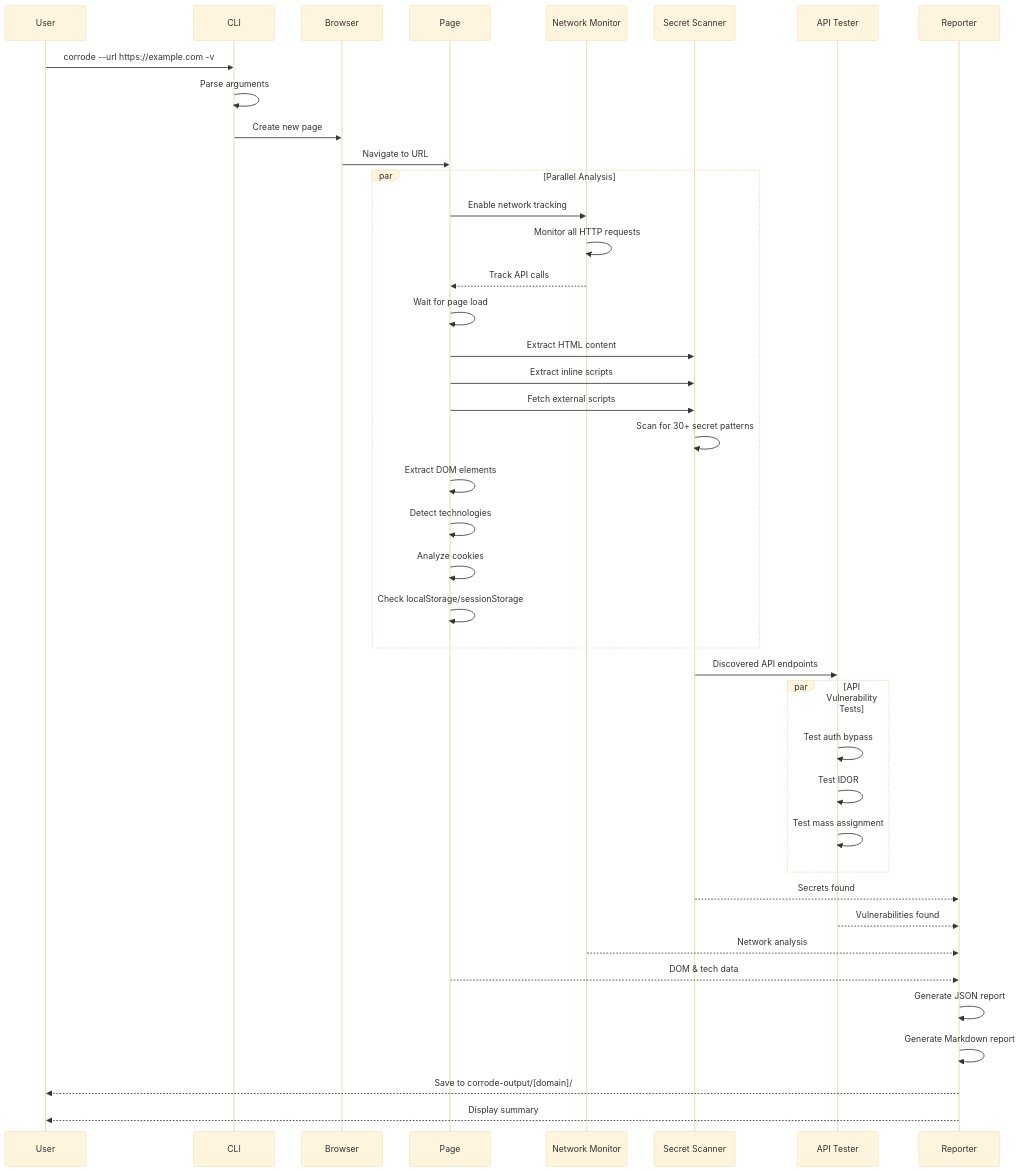
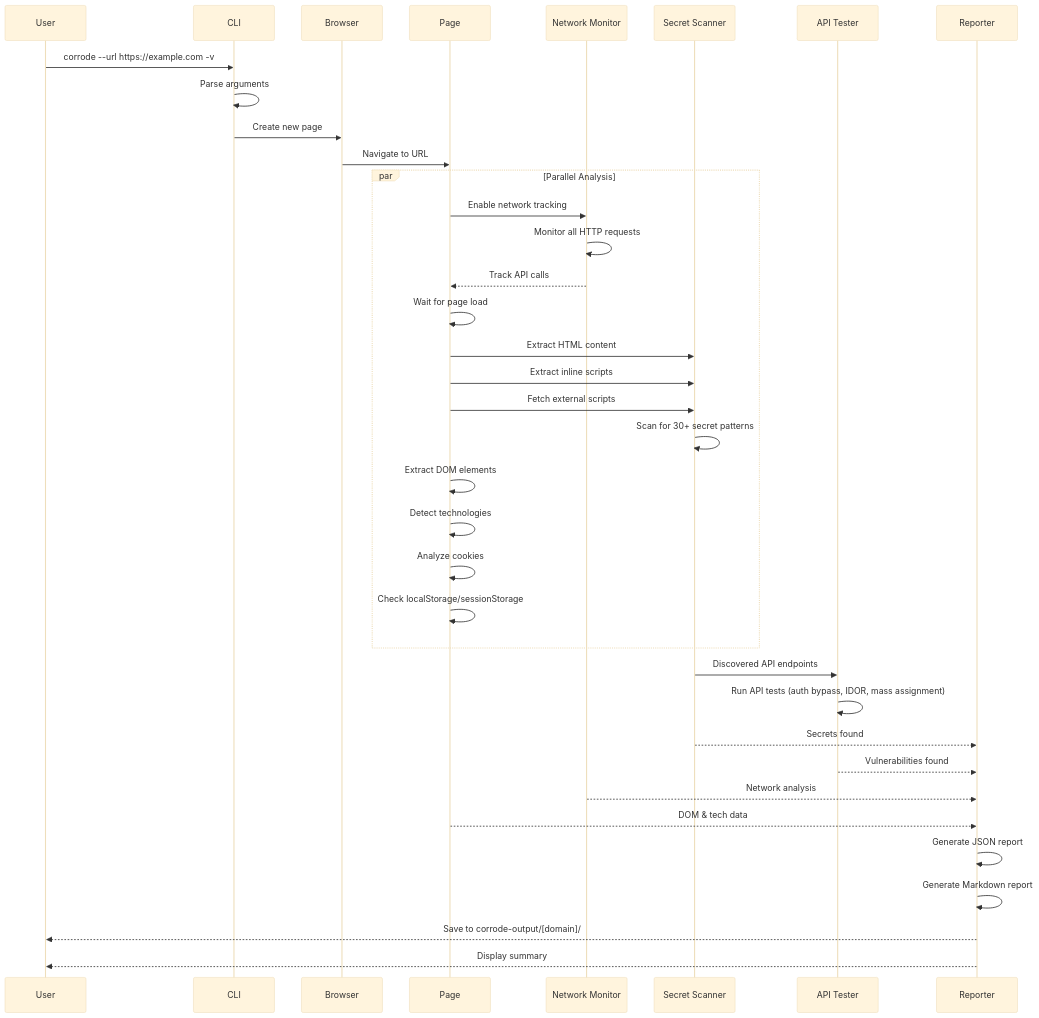
One commit to ul0gic/corrode changed the second of 3 diagrams in README.md. Above: the diagram before and after it, drawn with Mermaid (base theme). The commit also changed other lines of this file, not shown here.

Commit message:
docs: add project structure overview and simplify architecture diagram

````diff
--- a/README.md
+++ b/README.md
@@ -73,52 +79,48 @@
 ```mermaid
 sequenceDiagram
     participant User
     participant CLI
     participant Browser
     participant Page
     participant NetMon as Network Monitor
     participant Scanner as Secret Scanner
     participant APITest as API Tester
     participant Reporter
 
     User->>CLI: corrode --url https://example.com -v
     CLI->>CLI: Parse arguments
     CLI->>Browser: Create new page
     Browser->>Page: Navigate to URL
 
     par Parallel Analysis
         Page->>NetMon: Enable network tracking
         NetMon->>NetMon: Monitor all HTTP requests
         NetMon-->>Page: Track API calls
 
         Page->>Page: Wait for page load
         Page->>Scanner: Extract HTML content
         Page->>Scanner: Extract inline scripts
         Page->>Scanner: Fetch external scripts
         Scanner->>Scanner: Scan for 30+ secret patterns
 
         Page->>Page: Extract DOM elements
         Page->>Page: Detect technologies
         Page->>Page: Analyze cookies
         Page->>Page: Check localStorage/sessionStorage
     end
 
     Scanner->>APITest: Discovered API endpoints
 
-    par API Vulnerability Tests
-        APITest->>APITest: Test auth bypass
-        APITest->>APITest: Test IDOR
-        APITest->>APITest: Test mass assignment
-    end
+    APITest->>APITest: Run API tests (auth bypass, IDOR, mass assignment)
 
     Scanner-->>Reporter: Secrets found
     APITest-->>Reporter: Vulnerabilities found
     NetMon-->>Reporter: Network analysis
     Page-->>Reporter: DOM & tech data
 
     Reporter->>Reporter: Generate JSON report
     Reporter->>Reporter: Generate Markdown report
     Reporter-->>User: Save to corrode-output/[domain]/
 
     Reporter-->>User: Display summary
 ```
````
